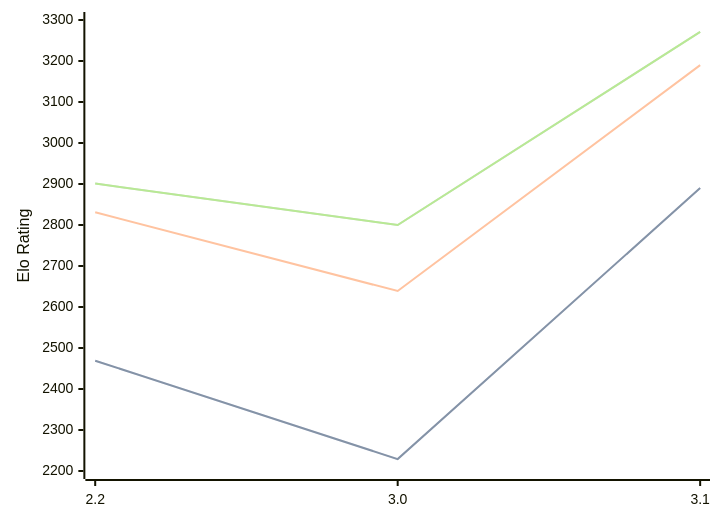
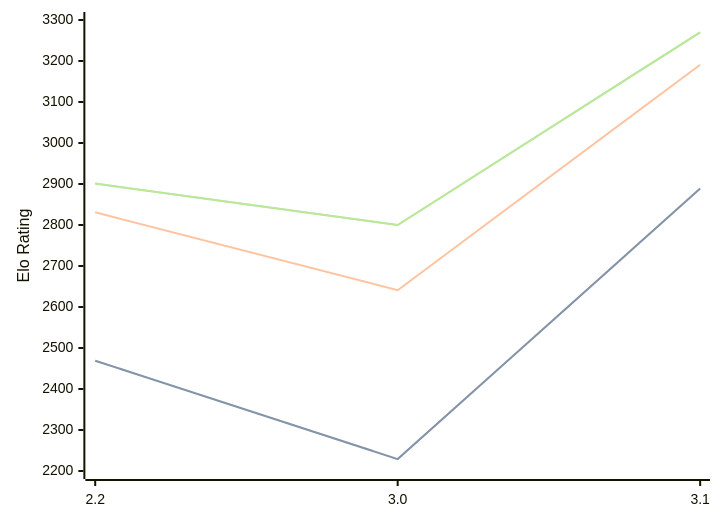
One commit to computer-chess-index/cci changed the diagram in engines/Thrawn.md. Above: the diagram before and after it, drawn with Mermaid. The commit also changed other lines of this file, not shown here.

Commit message:
Update CCI Ratings (ELO VLTC) - 2026-09-01

````diff
--- a/engines/Thrawn.md
+++ b/engines/Thrawn.md
@@ -33,11 +33,11 @@
 ```mermaid
 %%{init: {"theme":"base","themeVariables":{"seriesColors:['#a3a3a3','#222221','#faa371']}}}%%
 xychart-beta
   x-axis ["2.2", "3.0", "3.1"]
   y-axis "Elo Rating" 2200 --> 3300
-  line "" [2469, 2229, 2890]
-  line "STC (8.0+0.08s)" [2469, 2229, 2890]
-  line "LTC (60.0+0.60s)" [2831, 2639, 3190]
-  line "" [2901, 2800, 3271]
-  line "VLTC (2m24s+1.12s)" [2901, 2800, 3271]
+  line "" [2469, 2229, 2889]
+  line "STC (8.0+0.08s)" [2469, 2229, 2889]
+  line "LTC (60.0+0.60s)" [2831, 2641, 3191]
+  line "" [2901, 2800, 3270]
+  line "VLTC (2m24s+1.12s)" [2901, 2800, 3270]
 ```
````
